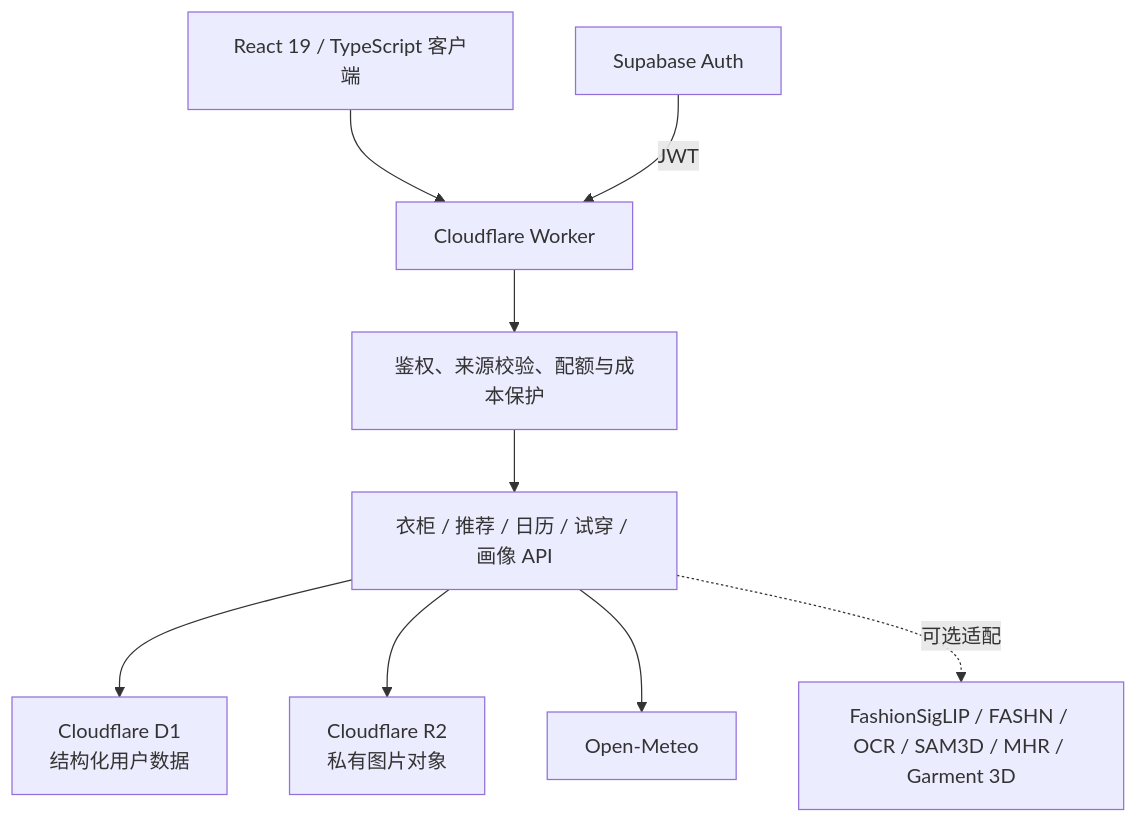
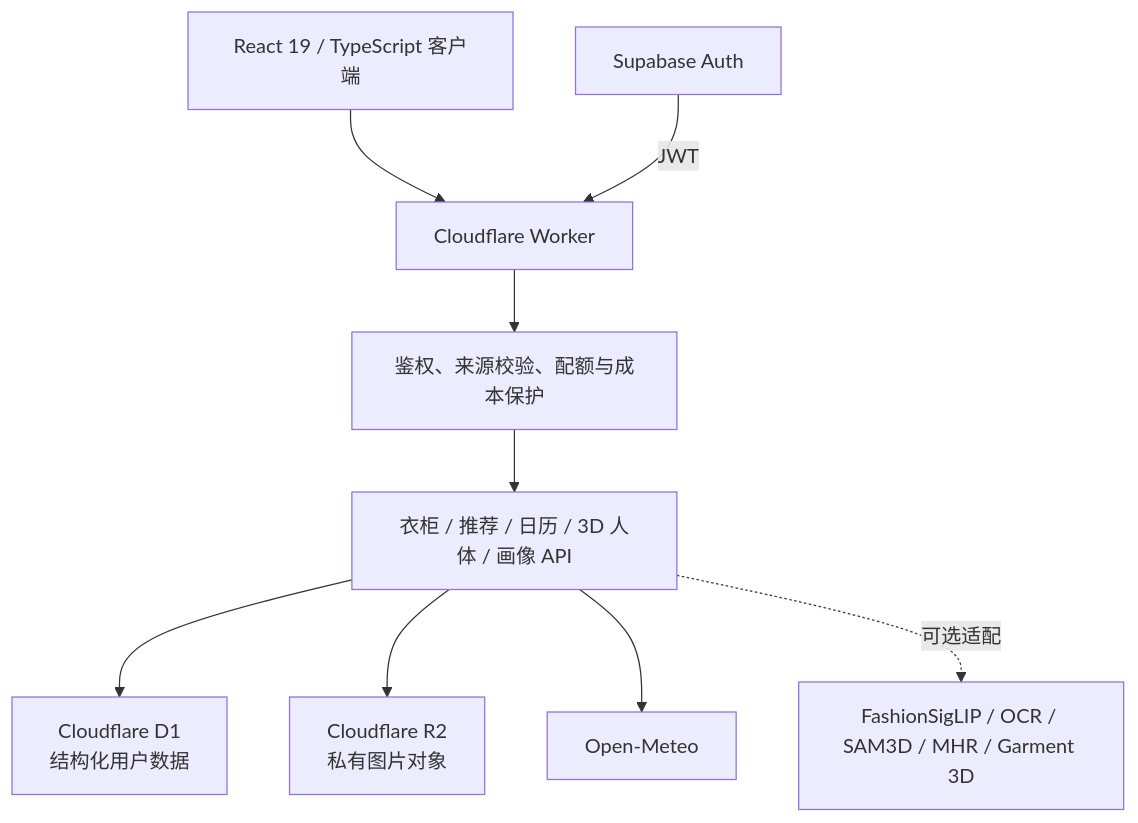
One commit to XinyuGao888/muse-closet-ai changed the second of 2 diagrams in README.md. Above: the diagram before and after it, drawn with Mermaid. The commit also changed other lines of this file and 14 other files, not shown here.

````diff
--- a/README.md
+++ b/README.md
@@ -106,11 +105,11 @@
 ```mermaid
 flowchart TB
   U["React 19 / TypeScript 客户端"] --> W["Cloudflare Worker"]
   S["Supabase Auth"] -->|"JWT"| W
   W --> A["鉴权、来源校验、配额与成本保护"]
-  A --> API["衣柜 / 推荐 / 日历 / 试穿 / 画像 API"]
+  A --> API["衣柜 / 推荐 / 日历 / 3D 人体 / 画像 API"]
   API --> D1["Cloudflare D1\n结构化用户数据"]
   API --> R2["Cloudflare R2\n私有图片对象"]
   API --> OM["Open-Meteo"]
-  API -. "可选适配" .-> AI["FashionSigLIP / FASHN / OCR / SAM3D / MHR / Garment 3D"]
+  API -. "可选适配" .-> AI["FashionSigLIP / OCR / SAM3D / MHR / Garment 3D"]
 ```
````
